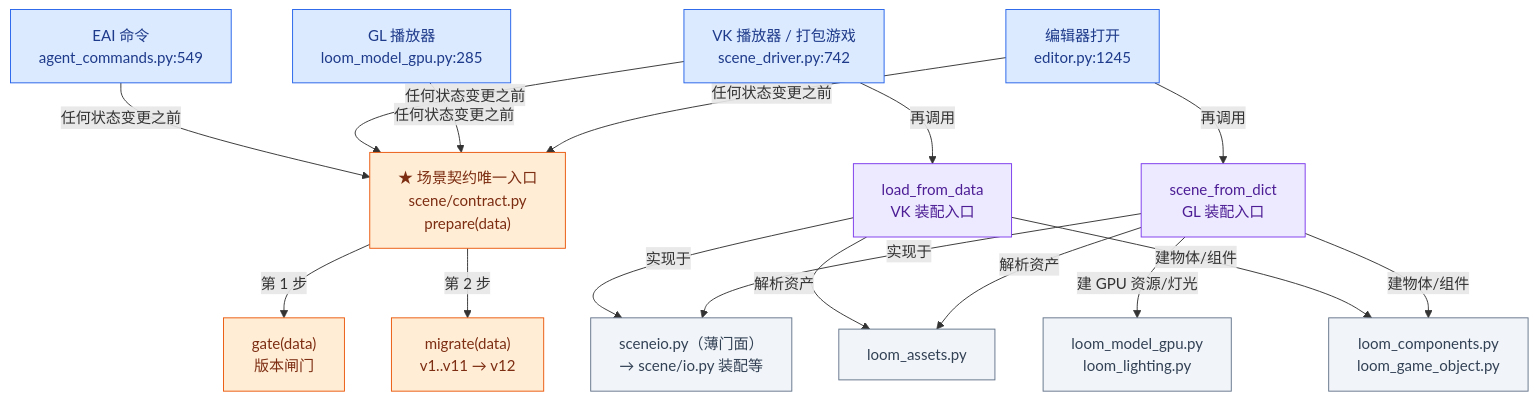
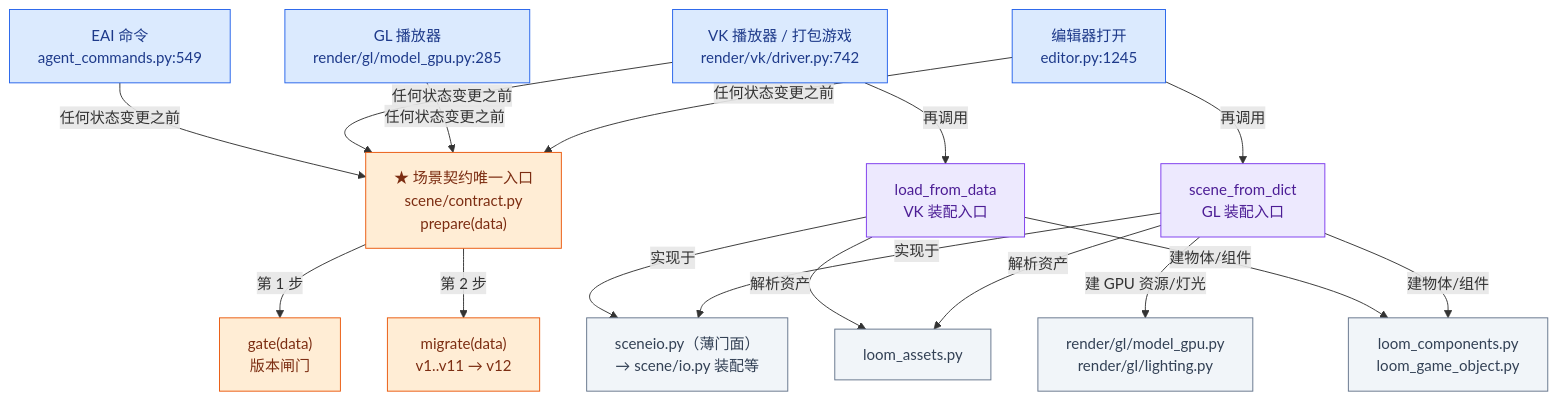
The fifth of 23 diagrams in ARCHITECTURE.md (lhy302/WeaveEngine), drawn with Mermaid before and after one commit. The commit also changed other lines of this file and 97 other files, not shown here.

````diff
--- a/ARCHITECTURE.md
+++ b/ARCHITECTURE.md
@@ -257,35 +257,35 @@
 ```mermaid
 flowchart TB
   E1["编辑器打开<br/>editor.py:1245"]:::entry
-  E2["GL 播放器<br/>loom_model_gpu.py:285"]:::entry
-  E3["VK 播放器 / 打包游戏<br/>scene_driver.py:742"]:::entry
+  E2["GL 播放器<br/>render/gl/model_gpu.py:285"]:::entry
+  E3["VK 播放器 / 打包游戏<br/>render/vk/driver.py:742"]:::entry
   E4["EAI 命令<br/>agent_commands.py:549"]:::entry
   C["★ 场景契约唯一入口<br/>scene/contract.py<br/>prepare(data)"]:::contract
   G1["gate(data)<br/>版本闸门"]:::contract
   G2["migrate(data)<br/>v1..v11 → v12"]:::contract
   A1["scene_from_dict<br/>GL 装配入口"]:::facade
   A2["load_from_data<br/>VK 装配入口"]:::facade
   F1["sceneio.py（薄门面）<br/>→ scene/io.py 装配等"]:::file
   F2["loom_assets.py"]:::file
   F3["loom_components.py<br/>loom_game_object.py"]:::file
-  F4["loom_model_gpu.py<br/>loom_lighting.py"]:::file
+  F4["render/gl/model_gpu.py<br/>render/gl/lighting.py"]:::file
   E1 -->|任何状态变更之前| C
   E2 -->|任何状态变更之前| C
   E3 -->|任何状态变更之前| C
   E4 -->|任何状态变更之前| C
   C -->|第 1 步| G1
   C -->|第 2 步| G2
   E1 -->|再调用| A1
   E3 -->|再调用| A2
   A1 -->|实现于| F1
   A2 -->|实现于| F1
   A1 -->|解析资产| F2
   A2 -->|解析资产| F2
   A1 -->|建物体/组件| F3
   A1 -->|建 GPU 资源/灯光| F4
   A2 -->|建物体/组件| F3
   classDef entry fill:#dbeafe,stroke:#2563eb,color:#1e3a8a
   classDef facade fill:#ede9fe,stroke:#7c3aed,color:#4c1d95
   classDef contract fill:#ffedd5,stroke:#ea580c,color:#7c2d12
   classDef file fill:#f1f5f9,stroke:#64748b,color:#334155
 ```
````
